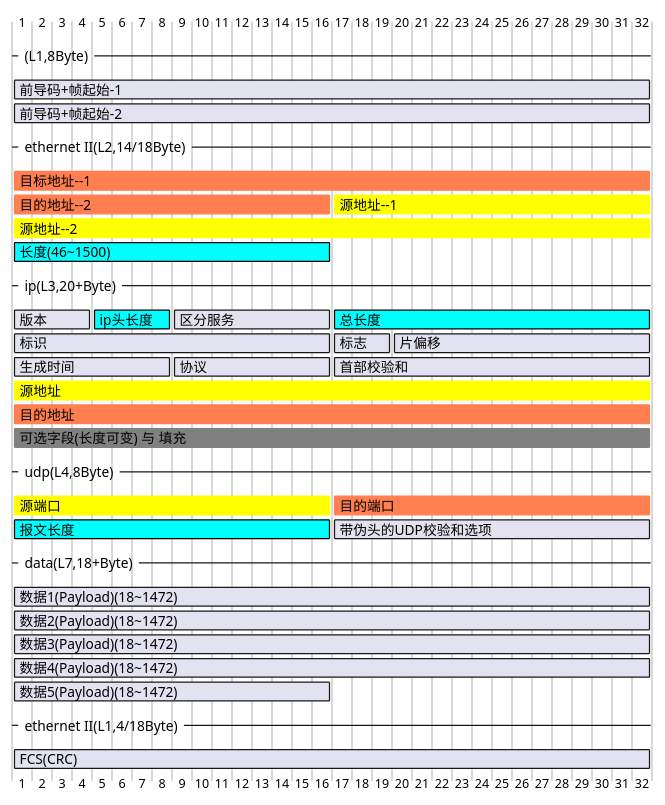
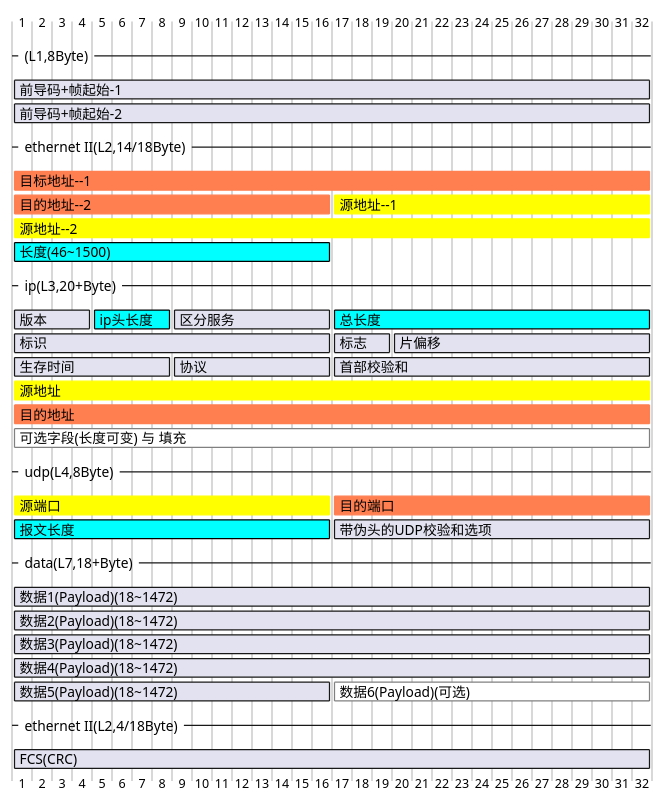
Before and after one commit to LincDocs/MdNote_Public: the second of 6 diagrams in 01. DesignAndDevelop/Develop/02. Theory/Computer/03. 计算机系统 - 专题或子系统的字典版/下层相关/Network/以太网帧协议(Gantt版).md, drawn with PlantUML. The commit also changed other lines of this file, not shown here.

````diff
--- a/01. DesignAndDevelop/Develop/02. Theory/Computer/03. 计算机系统 - 专题或子系统的字典版/下层相关/Network/以太网帧协议(Gantt版).md
+++ b/01. DesignAndDevelop/Develop/02. Theory/Computer/03. 计算机系统 - 专题或子系统的字典版/下层相关/Network/以太网帧协议(Gantt版).md
@@ -26,64 +26,66 @@
 ```plantuml
 @startgantt
 
 --(L1,8Byte)--
 
 [前导码+帧起始-1] starts D+0 and ends D+31
 [前导码+帧起始-2] starts D+0 and ends D+31
 
 --ethernet II(L2,14/18Byte)--
 [目标地址--1] starts D+0 and ends D+31 and is colored in Coral
 [目的地址--2] starts D+0 and ends D+15 and is colored in Coral
 [源地址--1] starts D+16 and ends D+31 and is colored in Yellow
 [源地址--2] starts D+0 and ends D+31 and is colored in Yellow
 [目的地址--2] displays on same row as [源地址--1]
 [长度(46~1500)] starts D+0 and ends D+15 and is colored in Cyan/Black
 
 --ip(L3,20+Byte)--
 
 [版本] starts D+0 and ends D+3
 [ip头长度] starts D+4 and ends D+7 and is colored in Cyan/Black
 [区分服务] starts D+8 and ends D+15
 [总长度] starts D+16 and ends D+31 and is colored in Cyan/Black
 [版本] displays on same row as [ip头长度]
 [ip头长度] displays on same row as [区分服务]
 [区分服务] displays on same row as [总长度]
 
 [标识] starts D+0 and ends D+15
 [标志] starts D+16 and ends D+18
 [片偏移] starts D+19 and ends D+31
 [标识] displays on same row as [标志]
 [标志] displays on same row as [片偏移]
 
-[生成时间] starts D+0 and ends D+7
+[生存时间] starts D+0 and ends D+7
 [协议] starts D+8 and ends D+15
 [首部校验和] starts D+16 and ends D+31
-[生成时间] displays on same row as [协议]
+[生存时间] displays on same row as [协议]
 [协议] displays on same row as [首部校验和]
 
 [源地址] starts D+0 and ends D+31 and is colored in Yellow
 [目的地址] starts D+0 and ends D+31 and is colored in Coral
-[可选字段(长度可变) 与 填充] starts D+0 and ends D+31 and is colored in Gray
+[可选字段(长度可变) 与 填充] starts D+0 and ends D+31 and is colored in White/Gray
 
 --udp(L4,8Byte)--
 
 [源端口] starts D+0 and requires 16 days and is colored in Yellow
 [目的端口] starts D+16 and requires 16 days and is colored in Coral
 [源端口] displays on same row as [目的端口]
 
 [报文长度] starts D+0 and requires 16 days and is colored in Cyan/Black
 [带伪头的UDP校验和选项] starts D+16 and requires 16 days
 [报文长度] displays on same row as [带伪头的UDP校验和选项]
 
 --data(L7,18+Byte)--
 
 [数据1(Payload)(18~1472)] starts D+0 and requires 32 days
 [数据2(Payload)(18~1472)] starts D+0 and requires 32 days
 [数据3(Payload)(18~1472)] starts D+0 and requires 32 days
 [数据4(Payload)(18~1472)] starts D+0 and requires 32 days
 [数据5(Payload)(18~1472)] starts D+0 and requires 16 days
+[数据6(Payload)(可选)] starts D+16 and requires 16 days and is colored in White/Gray
+[数据5(Payload)(18~1472)] displays on same row as [数据6(Payload)(可选)]
 
---ethernet II(L1,4/18Byte)--
+--ethernet II(L2,4/18Byte)--
 [FCS(CRC)] starts D+0 and ends D+31
 @endgantt
 ```
````
